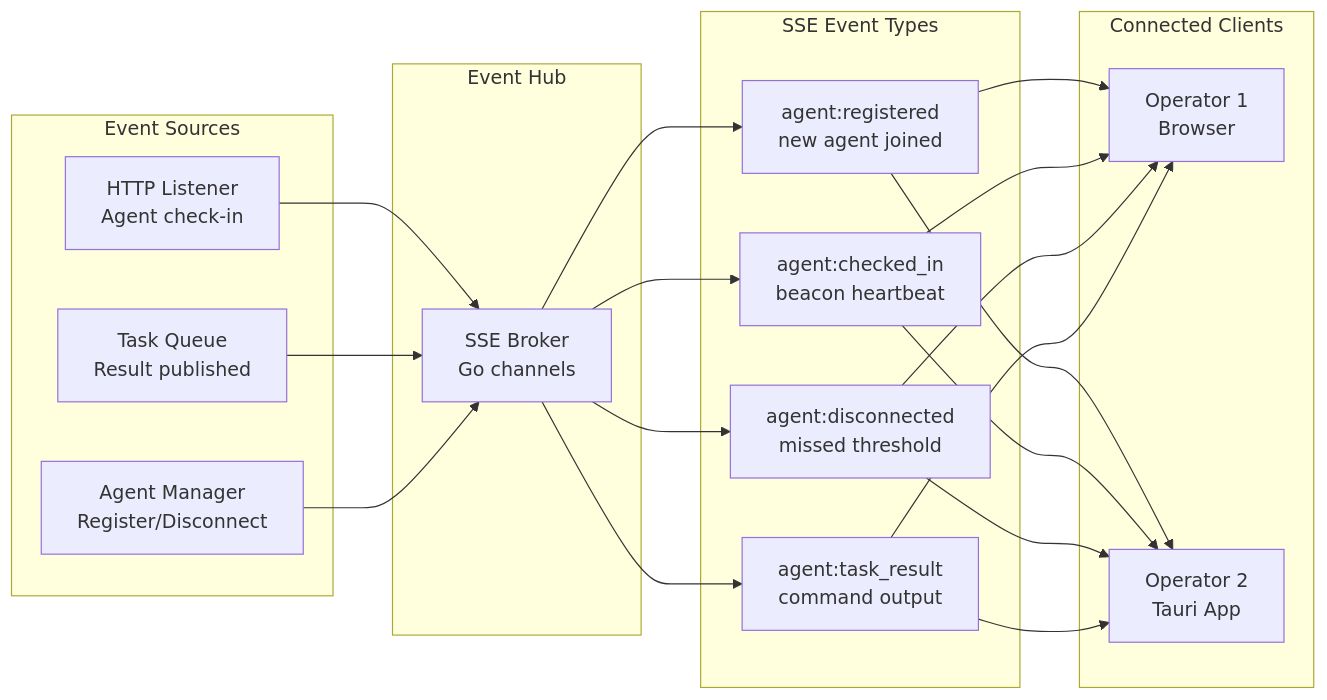
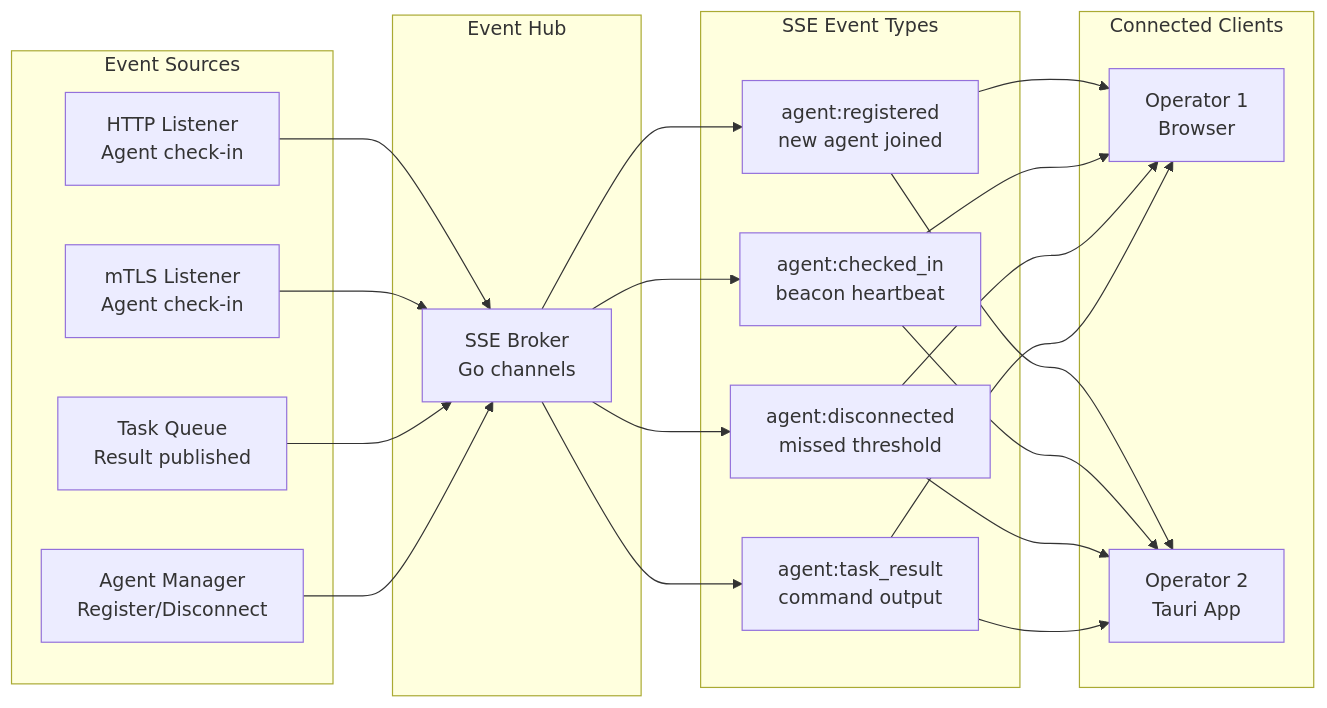
Before and after one commit to hrdebraj/Apex: diagram 17 of 20 in ARCHITECTURE.md, drawn with Mermaid. The commit also changed other lines of this file and 38 other files, not shown here.

````diff
--- a/ARCHITECTURE.md
+++ b/ARCHITECTURE.md
@@ -542,40 +912,42 @@
 ```mermaid
 flowchart LR
     subgraph SOURCES["Event Sources"]
-        LIS["HTTP Listener\nAgent check-in"]
+        HTTP_LIS["HTTP Listener\nAgent check-in"]
+        MTLS_LIS["mTLS Listener\nAgent check-in"]
         TQ["Task Queue\nResult published"]
         MGR["Agent Manager\nRegister/Disconnect"]
     end
 
     subgraph HUB["Event Hub"]
         EVT["SSE Broker\nGo channels"]
     end
 
     subgraph EVENTS["SSE Event Types"]
         E1["agent:registered\nnew agent joined"]
         E2["agent:checked_in\nbeacon heartbeat"]
         E3["agent:disconnected\nmissed threshold"]
         E4["agent:task_result\ncommand output"]
     end
 
     subgraph CLIENTS["Connected Clients"]
         C1["Operator 1\nBrowser"]
         C2["Operator 2\nTauri App"]
     end
 
-    LIS --> EVT
+    HTTP_LIS --> EVT
+    MTLS_LIS --> EVT
     TQ --> EVT
     MGR --> EVT
     EVT --> E1
     EVT --> E2
     EVT --> E3
     EVT --> E4
     E1 --> C1
     E1 --> C2
     E2 --> C1
     E2 --> C2
     E3 --> C1
     E3 --> C2
     E4 --> C1
     E4 --> C2
 ```
````
